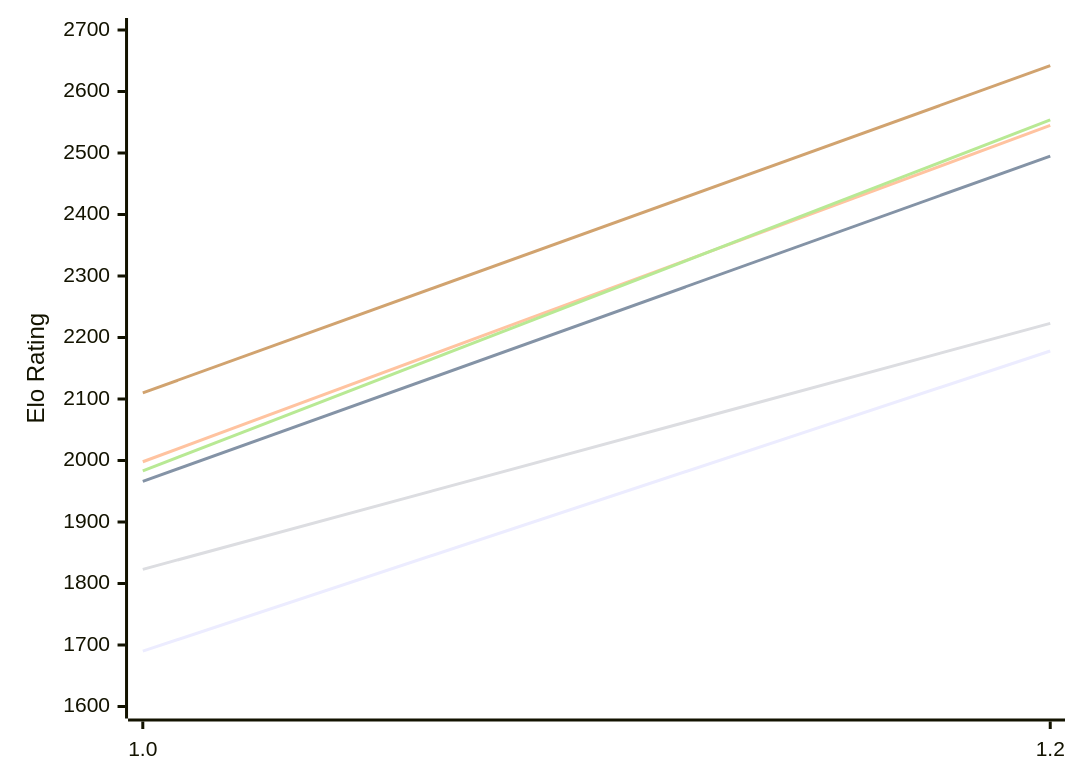
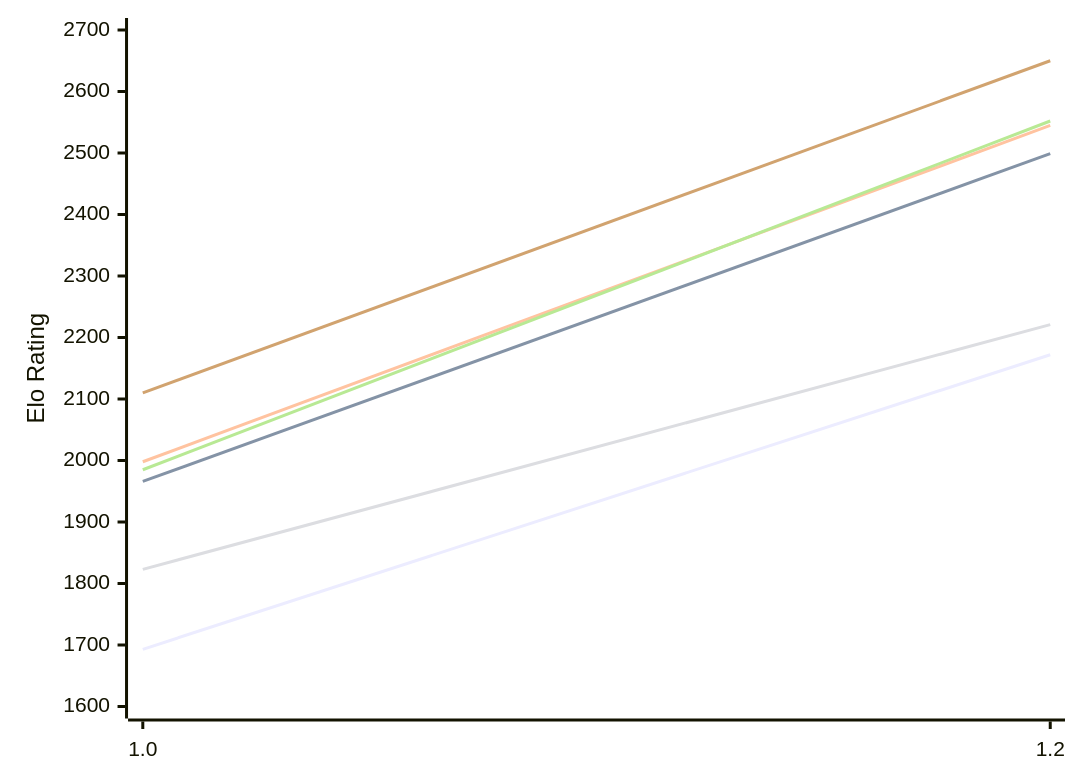
One commit to computer-chess-index/cci changed the first of 2 diagrams in engines/Echekinator.md. Above: the diagram before and after it, drawn with Mermaid. The commit also changed other lines of this file, not shown here.

Commit message:
Update CCI Ratings (ELO VLTC) - 2026-10-17

````diff
--- a/engines/Echekinator.md
+++ b/engines/Echekinator.md
@@ -50,12 +50,12 @@
 ```mermaid
 %%{init: {"theme":"base","themeVariables":{"seriesColors:['#a3a3a3','#222221','#faa371']}}}%%
 xychart-beta
   x-axis ["1.0", "1.2"]
   y-axis "Elo Rating" 1600 --> 2700
-  line "E1: STC (8.0+0.08s)" [1690, 2178]
-  line "E1: LTC (60.0+0.60s)" [1966, 2495]
+  line "E1: STC (8.0+0.08s)" [1693, 2172]
+  line "E1: LTC (60.0+0.60s)" [1966, 2499]
   line "E1: VLTC (2m24s+1.12s)" [1998, 2545]
-  line "P1: STC (8.0+0.08s)" [1823, 2223]
-  line "P1: LTC (60.0+0.60s)" [1983, 2554]
-  line "P1: VLTC (2m24s+1.12s)" [2110, 2642]
+  line "P1: STC (8.0+0.08s)" [1823, 2221]
+  line "P1: LTC (60.0+0.60s)" [1985, 2552]
+  line "P1: VLTC (2m24s+1.12s)" [2110, 2650]
 ```
````
